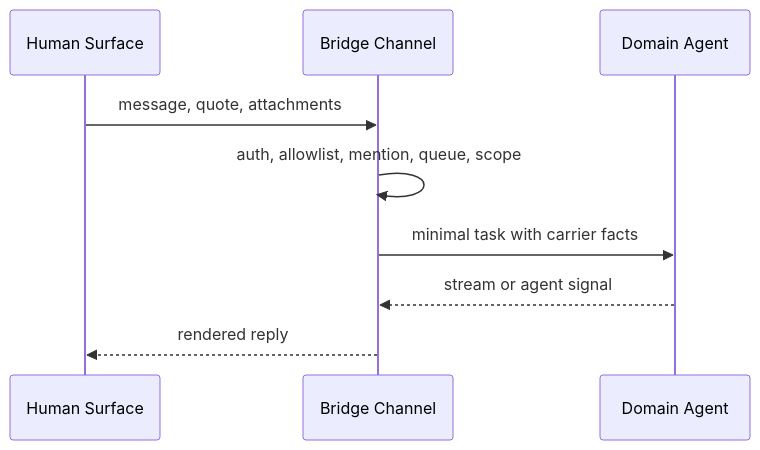
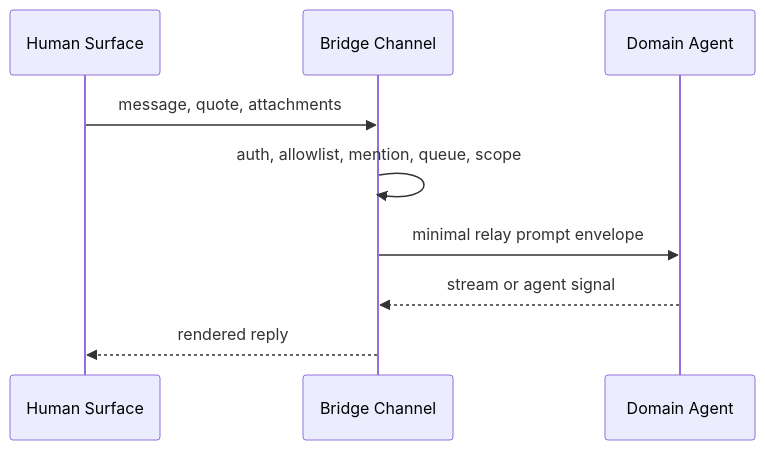
Before and after one commit to cloudsbeyond/agent-interaction-bridge: the first of 5 diagrams in architecture/system-design.md, drawn with Mermaid. The commit also changed other lines of this file and 5 other files, not shown here.

Commit message:
docs: align product and architecture contracts

````diff
--- a/architecture/system-design.md
+++ b/architecture/system-design.md
@@ -44,12 +46,12 @@
 ```mermaid
 sequenceDiagram
   participant H as Human Surface
   participant B as Bridge Channel
   participant D as Domain Agent
 
   H->>B: message, quote, attachments
   B->>B: auth, allowlist, mention, queue, scope
-  B->>D: minimal task with carrier facts
+  B->>D: minimal relay prompt envelope
   D-->>B: stream or agent signal
   B-->>H: rendered reply
 ```
````
